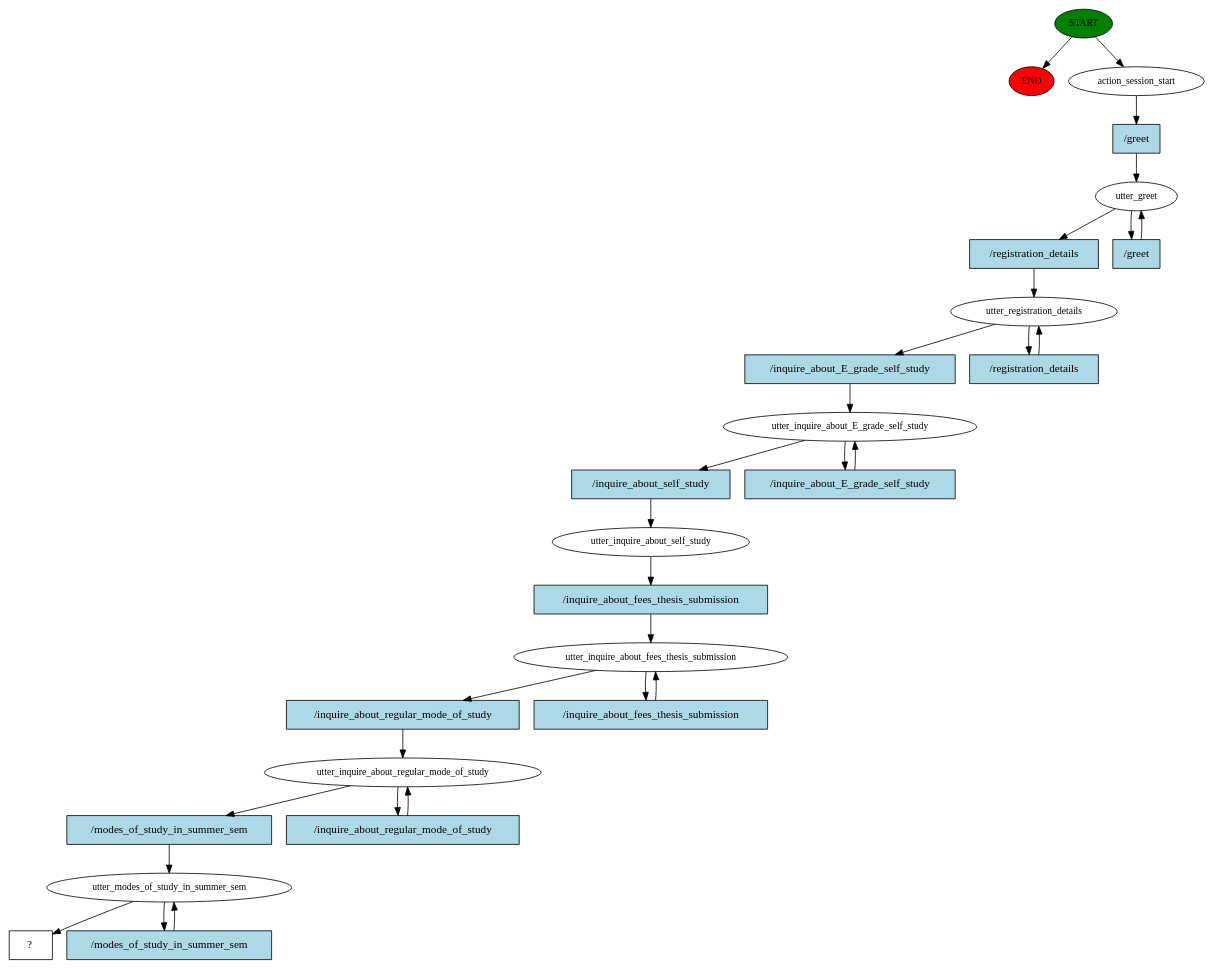
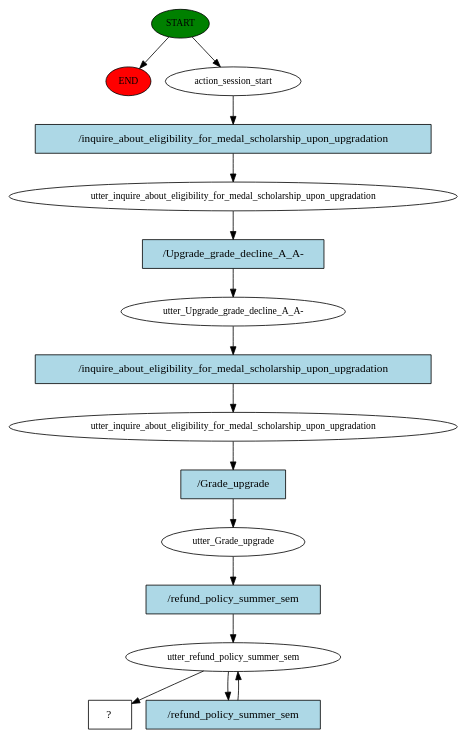
The diagram in story_graph.dot (ChatBotCreater/BotBot), drawn with Graphviz before and after one commit. The commit also changed 3 other files, not shown here.

```diff
--- a/story_graph.dot
+++ b/story_graph.dot
@@ -1,55 +1,32 @@
 digraph  {
 0 [class="start active", fillcolor=green, fontsize=12, label=START, style=filled];
 "-1" [class=end, fillcolor=red, fontsize=12, label=END, style=filled];
 1 [class=active, fontsize=12, label=action_session_start];
-2 [class=active, fontsize=12, label=utter_greet];
-4 [class=active, fontsize=12, label=utter_registration_details];
-6 [class=active, fontsize=12, label=utter_inquire_about_E_grade_self_study];
-8 [class=active, fontsize=12, label=utter_inquire_about_self_study];
-9 [class=active, fontsize=12, label=utter_inquire_about_fees_thesis_submission];
-11 [class=active, fontsize=12, label=utter_inquire_about_regular_mode_of_study];
-13 [class=active, fontsize=12, label=utter_modes_of_study_in_summer_sem];
-16 [class="intent dashed active", label="  ?  ", shape=rect];
-17 [class="intent active", fillcolor=lightblue, label="/greet", shape=rect, style=filled];
-18 [class="intent active", fillcolor=lightblue, label="/registration_details", shape=rect, style=filled];
-19 [class="intent active", fillcolor=lightblue, label="/greet", shape=rect, style=filled];
-20 [class="intent active", fillcolor=lightblue, label="/inquire_about_E_grade_self_study", shape=rect, style=filled];
-21 [class="intent active", fillcolor=lightblue, label="/registration_details", shape=rect, style=filled];
-22 [class="intent active", fillcolor=lightblue, label="/inquire_about_self_study", shape=rect, style=filled];
-23 [class="intent active", fillcolor=lightblue, label="/inquire_about_E_grade_self_study", shape=rect, style=filled];
-24 [class="intent active", fillcolor=lightblue, label="/inquire_about_fees_thesis_submission", shape=rect, style=filled];
-25 [class="intent active", fillcolor=lightblue, label="/inquire_about_regular_mode_of_study", shape=rect, style=filled];
-26 [class="intent active", fillcolor=lightblue, label="/inquire_about_fees_thesis_submission", shape=rect, style=filled];
-27 [class="intent active", fillcolor=lightblue, label="/modes_of_study_in_summer_sem", shape=rect, style=filled];
-28 [class="intent active", fillcolor=lightblue, label="/inquire_about_regular_mode_of_study", shape=rect, style=filled];
-29 [class="intent active", fillcolor=lightblue, label="/modes_of_study_in_summer_sem", shape=rect, style=filled];
+2 [class=active, fontsize=12, label=utter_inquire_about_eligibility_for_medal_scholarship_upon_upgradation];
+3 [class=active, fontsize=12, label="utter_Upgrade_grade_decline_A_A-"];
+4 [class=active, fontsize=12, label=utter_inquire_about_eligibility_for_medal_scholarship_upon_upgradation];
+5 [class=active, fontsize=12, label=utter_Grade_upgrade];
+6 [class=active, fontsize=12, label=utter_refund_policy_summer_sem];
+8 [class="intent dashed active", label="  ?  ", shape=rect];
+9 [class="intent active", fillcolor=lightblue, label="/inquire_about_eligibility_for_medal_scholarship_upon_upgradation", shape=rect, style=filled];
+10 [class="intent active", fillcolor=lightblue, label="/Upgrade_grade_decline_A_A-", shape=rect, style=filled];
+11 [class="intent active", fillcolor=lightblue, label="/inquire_about_eligibility_for_medal_scholarship_upon_upgradation", shape=rect, style=filled];
+12 [class="intent active", fillcolor=lightblue, label="/Grade_upgrade", shape=rect, style=filled];
+13 [class="intent active", fillcolor=lightblue, label="/refund_policy_summer_sem", shape=rect, style=filled];
+14 [class="intent active", fillcolor=lightblue, label="/refund_policy_summer_sem", shape=rect, style=filled];
 0 -> "-1"  [class="", key=NONE, label=""];
 0 -> 1  [class=active, key=NONE, label=""];
-1 -> 17  [class=active, key=0];
-2 -> 18  [class=active, key=0];
-2 -> 19  [class=active, key=0];
-4 -> 20  [class=active, key=0];
-4 -> 21  [class=active, key=0];
-6 -> 22  [class=active, key=0];
-6 -> 23  [class=active, key=0];
-8 -> 24  [class=active, key=0];
-9 -> 25  [class=active, key=0];
-9 -> 26  [class=active, key=0];
-11 -> 27  [class=active, key=0];
-11 -> 28  [class=active, key=0];
-13 -> 16  [class=active, key=NONE, label=""];
-13 -> 29  [class=active, key=0];
-17 -> 2  [class=active, key=0];
-18 -> 4  [class=active, key=0];
-19 -> 2  [class=active, key=0];
-20 -> 6  [class=active, key=0];
-21 -> 4  [class=active, key=0];
-22 -> 8  [class=active, key=0];
-23 -> 6  [class=active, key=0];
-24 -> 9  [class=active, key=0];
-25 -> 11  [class=active, key=0];
-26 -> 9  [class=active, key=0];
-27 -> 13  [class=active, key=0];
-28 -> 11  [class=active, key=0];
-29 -> 13  [class=active, key=0];
+1 -> 9  [class=active, key=0];
+2 -> 10  [class=active, key=0];
+3 -> 11  [class=active, key=0];
+4 -> 12  [class=active, key=0];
+5 -> 13  [class=active, key=0];
+6 -> 8  [class=active, key=NONE, label=""];
+6 -> 14  [class=active, key=0];
+9 -> 2  [class=active, key=0];
+10 -> 3  [class=active, key=0];
+11 -> 4  [class=active, key=0];
+12 -> 5  [class=active, key=0];
+13 -> 6  [class=active, key=0];
+14 -> 6  [class=active, key=0];
 }
```
